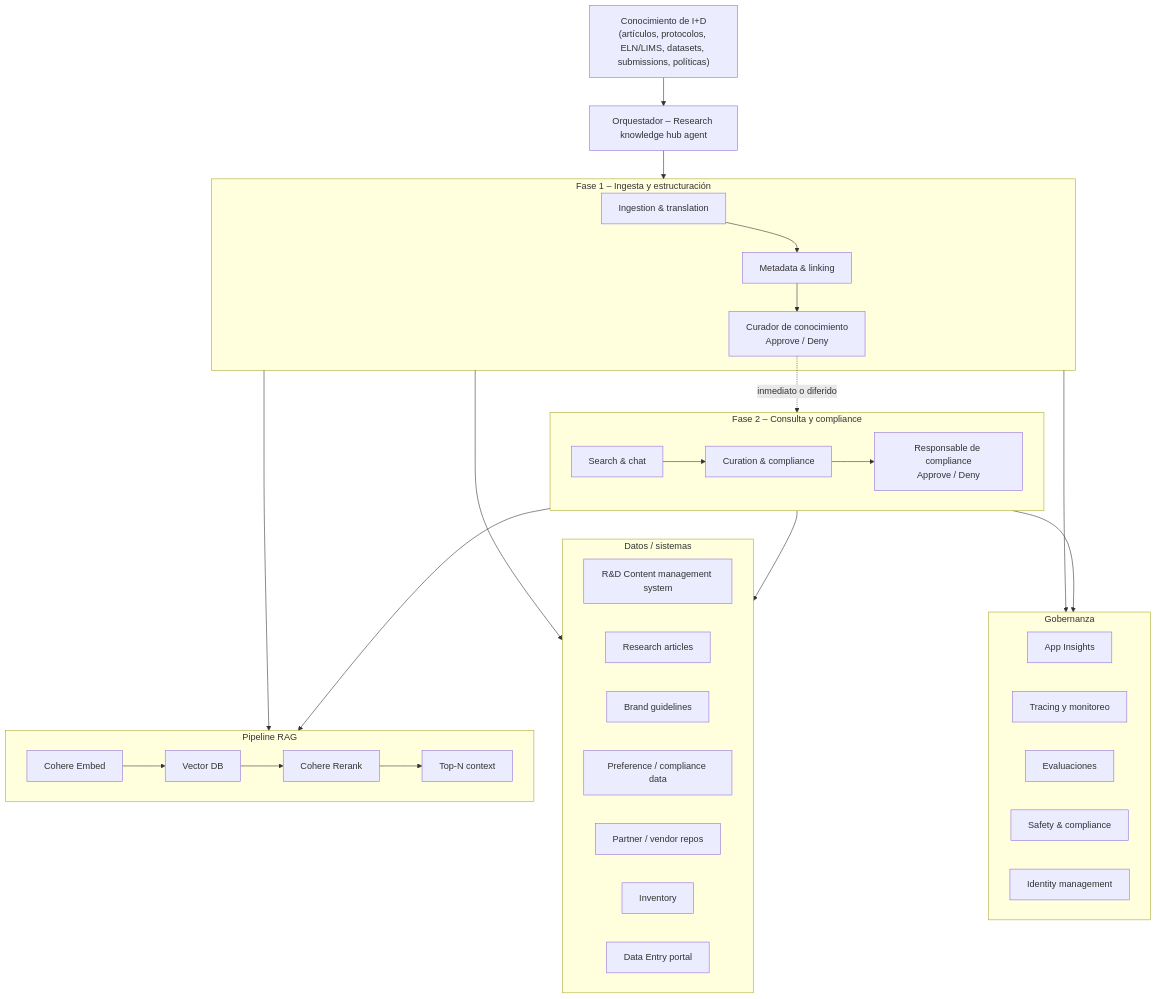
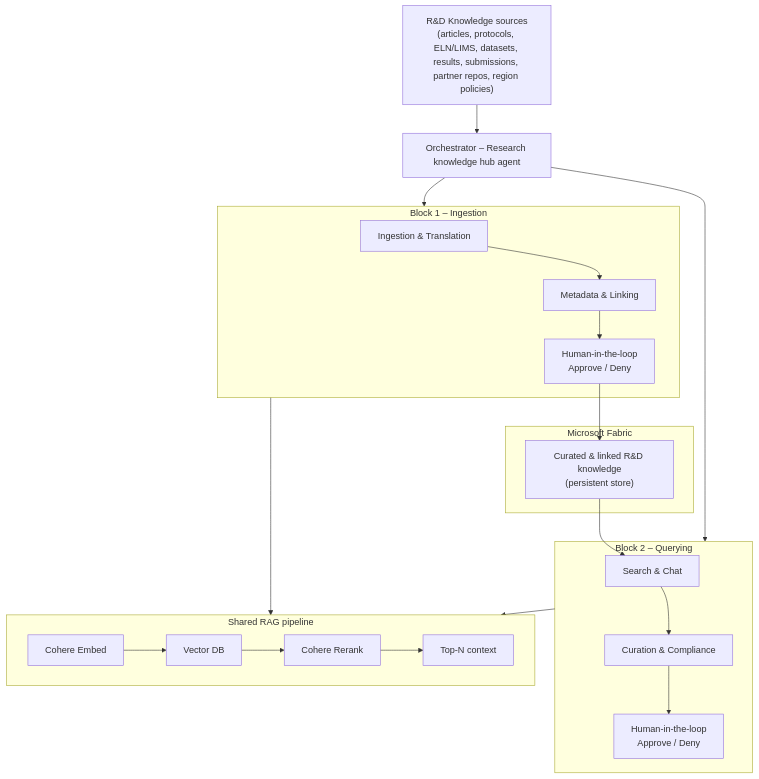
The diagram in workflow-summary.md (southworks/insesite-hls-agentic-rd-knowledge), drawn with Mermaid before and after one commit. The commit also changed other lines of this file, not shown here.

Commit message:
Enhance workflow summary for HLS Agentic R&D Knowledge Mining, detailing the architecture with two independent blocks for ingestion and querying, and clarifying the relationship between them and the shared knowledge store.

````diff
--- a/workflow-summary.md
+++ b/workflow-summary.md
@@ -50,52 +55,39 @@
 ```mermaid
 flowchart TB
-    REQ["Conocimiento de I+D<br/>(artículos, protocolos, ELN/LIMS, datasets, submissions, políticas)"]
-    ORCH["Orquestador – Research knowledge hub agent"]
+    REQ["R&D Knowledge sources<br/>(articles, protocols, ELN/LIMS, datasets, results, submissions, partner repos, region policies)"]
+    ORCH["Orchestrator – Research knowledge hub agent"]
 
-    subgraph phase1 [Fase 1 – Ingesta y estructuración]
-        ING["Ingestion & translation"]
-        META["Metadata & linking"]
-        HITL1["Curador de conocimiento<br/>Approve / Deny"]
+    subgraph block1 [Block 1 – Ingestion]
+        ING["Ingestion & Translation"]
+        META["Metadata & Linking"]
+        HITL1["Human-in-the-loop<br/>Approve / Deny"]
         ING --> META --> HITL1
     end
 
-    subgraph phase2 [Fase 2 – Consulta y compliance]
-        SRCH["Search & chat"]
-        CUR["Curation & compliance"]
-        HITL2["Responsable de compliance<br/>Approve / Deny"]
+    subgraph fabric [Microsoft Fabric]
+        STORE["Curated & linked R&D knowledge<br/>(persistent store)"]
+    end
+
+    subgraph block2 [Block 2 – Querying]
+        SRCH["Search & Chat"]
+        CUR["Curation & Compliance"]
+        HITL2["Human-in-the-loop<br/>Approve / Deny"]
         SRCH --> CUR --> HITL2
     end
 
-    subgraph rag [Pipeline RAG]
+    subgraph rag [Shared RAG pipeline]
         EMB["Cohere Embed"]
         VDB["Vector DB"]
         RR["Cohere Rerank"]
         TOP["Top-N context"]
         EMB --> VDB --> RR --> TOP
     end
 
-    subgraph data [Datos / sistemas]
-        CMS["R&D Content management system"]
-        ART["Research articles"]
-        BRAND["Brand guidelines"]
-        COMP["Preference / compliance data"]
-        PART["Partner / vendor repos"]
-        INV["Inventory"]
-        DE["Data Entry portal"]
-    end
-
-    subgraph gov [Gobernanza]
-        G1["App Insights"]
-        G2["Tracing y monitoreo"]
-        G3["Evaluaciones"]
-        G4["Safety & compliance"]
-        G5["Identity management"]
-    end
-
     REQ --> ORCH
-    ORCH --> phase1
-    HITL1 -.->|"inmediato o diferido"| phase2
-    phase1 & phase2 --> rag
-    phase1 & phase2 --> data
-    phase1 & phase2 --> gov
+    ORCH --> block1
+    ORCH --> block2
+    HITL1 --> STORE
+    STORE --> SRCH
+    block1 --> rag
+    block2 --> rag
 ```
````
